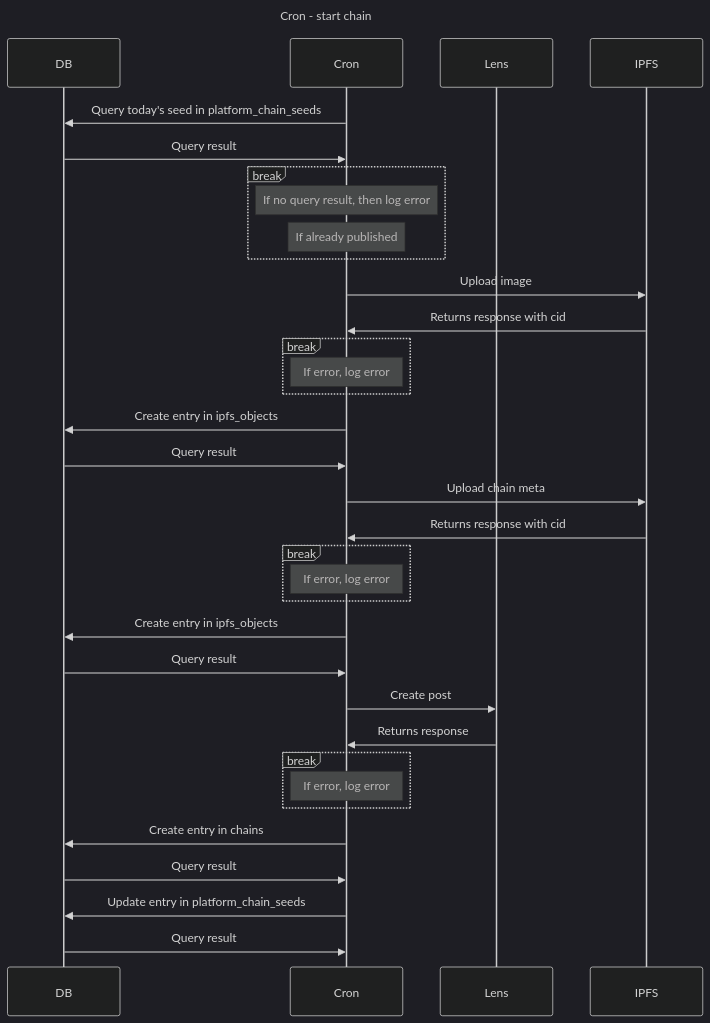
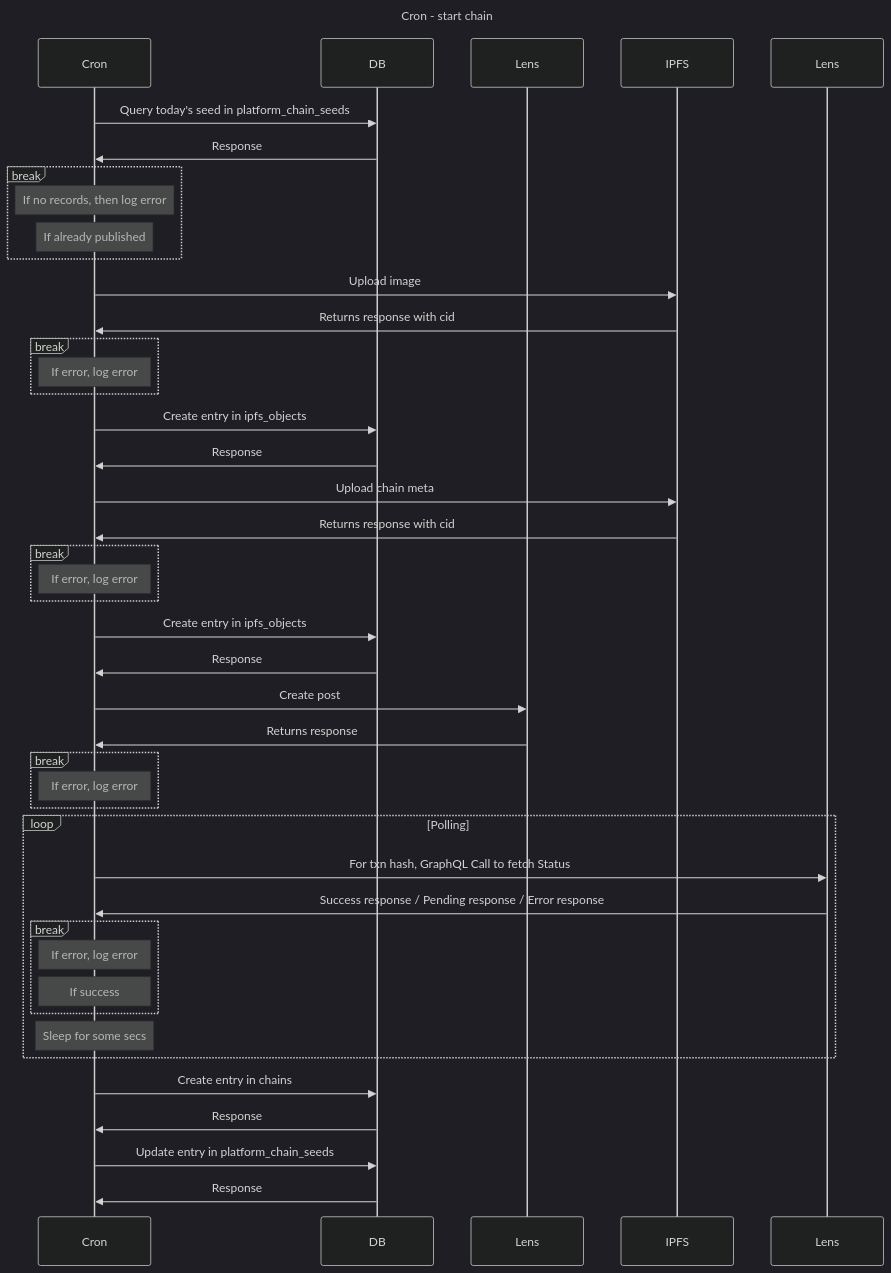
One commit to TrueSparrowSystems/whisper-chain-be changed the diagram in docs/sequenceDiagrams/postCreationOnLens.mermaid. Above: the diagram before and after it, drawn with Mermaid (dark theme). The commit also changed 1 other file, not shown here.

Commit message:
Update sequence diagrams

```diff
--- a/docs/sequenceDiagrams/postCreationOnLens.mermaid
+++ b/docs/sequenceDiagrams/postCreationOnLens.mermaid
@@ -1,47 +1,58 @@
 %% Documentation: https://github.com/mermaid-js/mermaid
 %% Editor: https://mermaid.live/edit
 
 sequenceDiagram
 title Cron - start chain
+participant Cron
 participant DB
-participant Cron
 participant Platform as Lens
 participant Ipfs as IPFS
 
 Cron->>DB: Query today's seed in platform_chain_seeds
-DB->>Cron: Query result
+DB->>Cron: Response
 
 break
-  note over Cron: If no query result, then log error
+  note over Cron: If no records, then log error
   note over Cron: If already published
 end
 
 Cron->>Ipfs: Upload image
 Ipfs->>Cron: Returns response with cid
 break
   note over Cron: If error, log error
 end
 
 Cron->>DB: Create entry in ipfs_objects
-DB->>Cron: Query result
+DB->>Cron: Response
 
 Cron->>Ipfs: Upload chain meta
 Ipfs->>Cron: Returns response with cid
 break
   note over Cron: If error, log error
 end
 
 Cron->>DB: Create entry in ipfs_objects
-DB->>Cron: Query result
+DB->>Cron: Response
 
 Cron->>Platform: Create post
 Platform->>Cron: Returns response
 break
   note over Cron: If error, log error
 end
 
+
+loop Polling
+    Cron->>Lens: For txn hash, GraphQL Call to fetch Status
+    Lens->>Cron: Success response / Pending response / Error response
+    break
+        note over Cron: If error, log error 
+        note over Cron: If success
+    end
+    Note over Cron: Sleep for some secs
+end
+
 Cron->>DB: Create entry in chains
-DB->>Cron: Query result
+DB->>Cron: Response
 
 Cron->>DB: Update entry in platform_chain_seeds
-DB->>Cron: Query result
+DB->>Cron: Response
```
